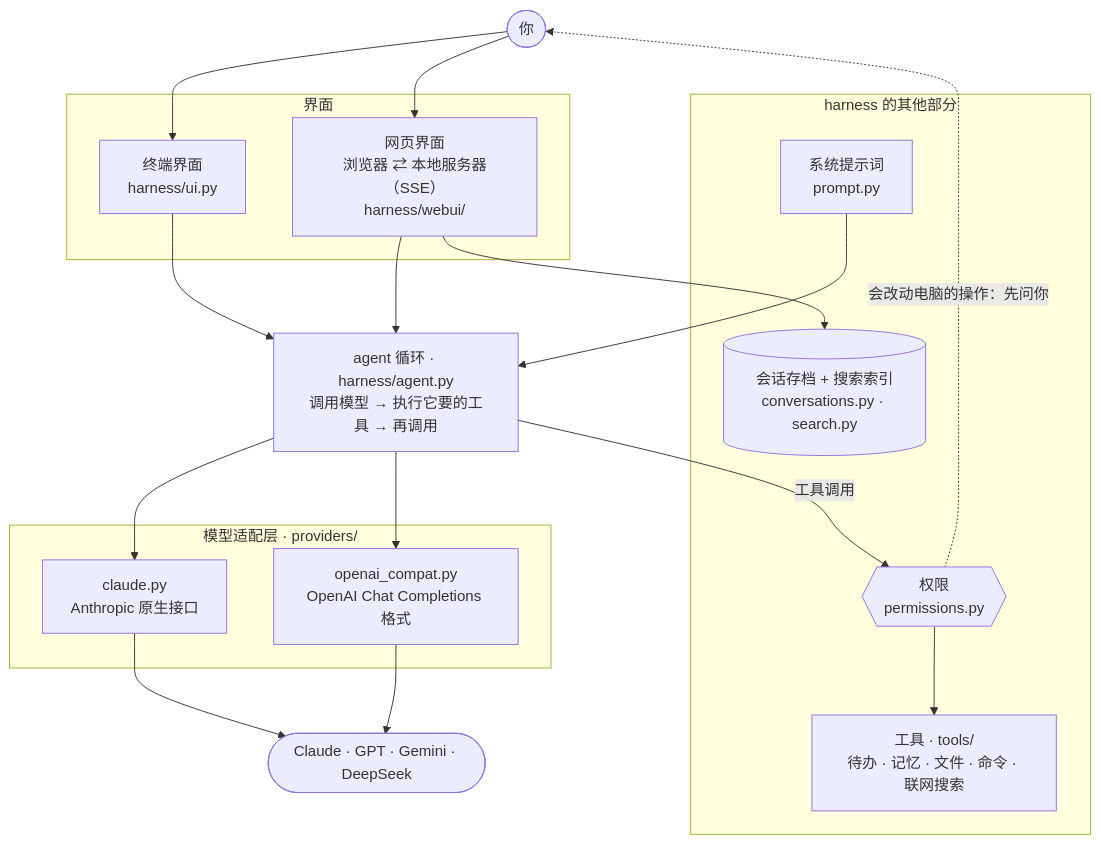
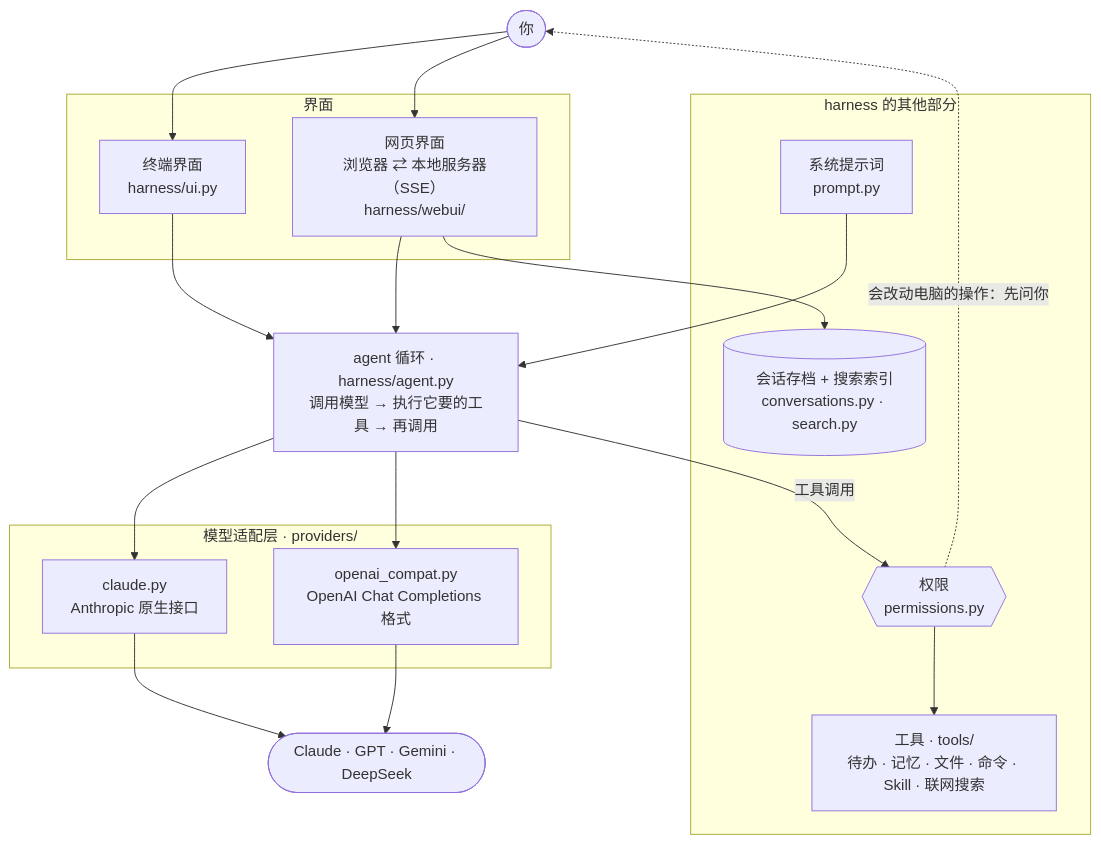
One commit to Akxan/zhifox-agent-harness changed the first of 2 diagrams in README.zh-CN.md. Above: the diagram before and after it, drawn with Mermaid. The commit also changed other lines of this file and 27 other files, not shown here.

````diff
--- a/README.zh-CN.md
+++ b/README.zh-CN.md
@@ -218,39 +232,39 @@
 ```mermaid
 flowchart TB
     you(["你"])
 
     subgraph ui ["界面"]
         term["终端界面<br/>harness/ui.py"]
         web["网页界面<br/>浏览器 ⇄ 本地服务器（SSE）<br/>harness/webui/"]
     end
 
     agent["agent 循环 · harness/agent.py<br/>调用模型 → 执行它要的工具 → 再调用"]
 
     subgraph parts ["harness 的其他部分"]
         prompt["系统提示词<br/>prompt.py"]
         perms{{"权限<br/>permissions.py"}}
-        tools["工具 · tools/<br/>待办 · 记忆 · 文件 · 命令 · 联网搜索"]
+        tools["工具 · tools/<br/>待办 · 记忆 · 文件 · 命令 · Skill · 联网搜索"]
         store[("会话存档 + 搜索索引<br/>conversations.py · search.py")]
     end
 
     subgraph providers ["模型适配层 · providers/"]
         claude["claude.py<br/>Anthropic 原生接口"]
         compat["openai_compat.py<br/>OpenAI Chat Completions 格式"]
     end
 
     apis(["Claude · GPT · Gemini · DeepSeek"])
 
     you --> term
     you --> web
     term --> agent
     web --> agent
     web --> store
     prompt --> agent
     agent --> claude
     agent --> compat
     claude --> apis
     compat --> apis
     agent -->|"工具调用"| perms
     perms -.->|"会改动电脑的操作：先问你"| you
     perms --> tools
 ```
````
